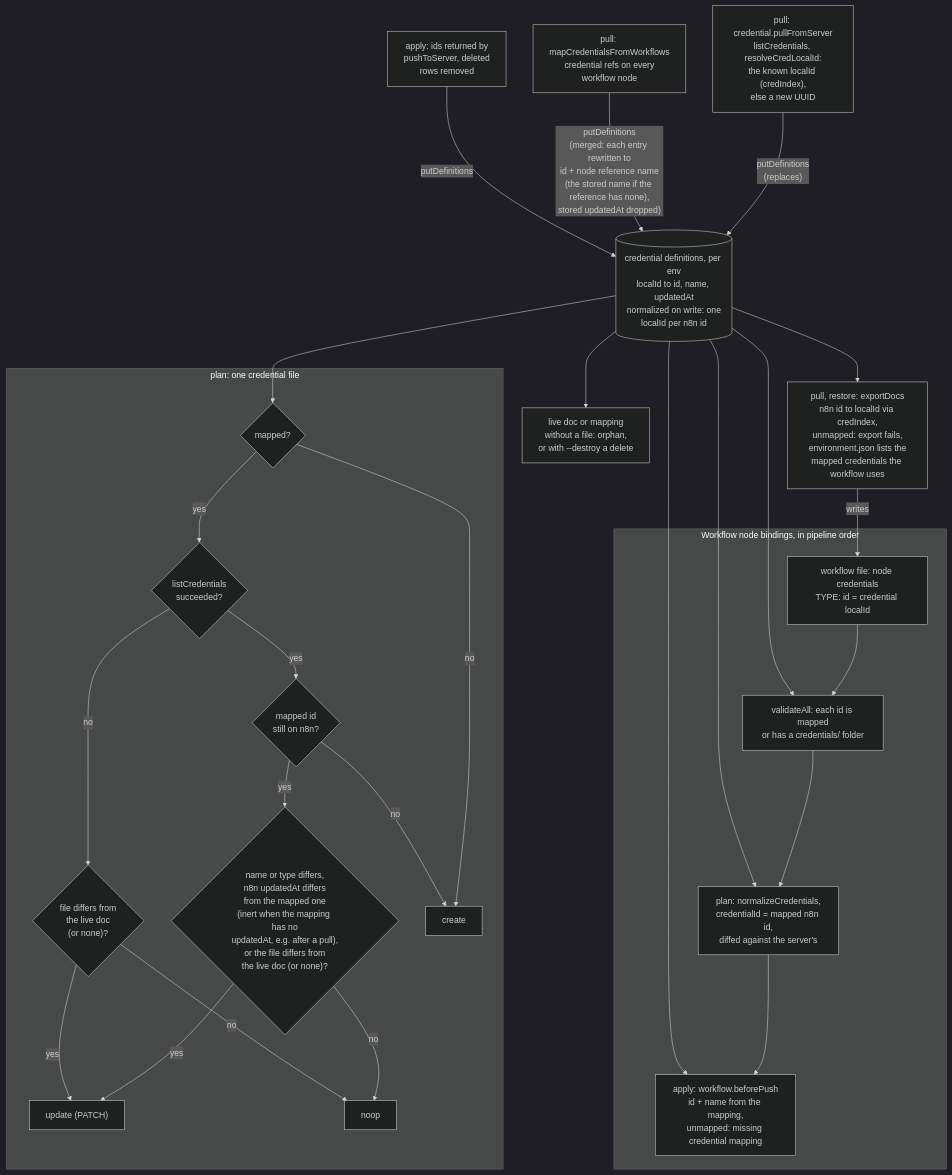
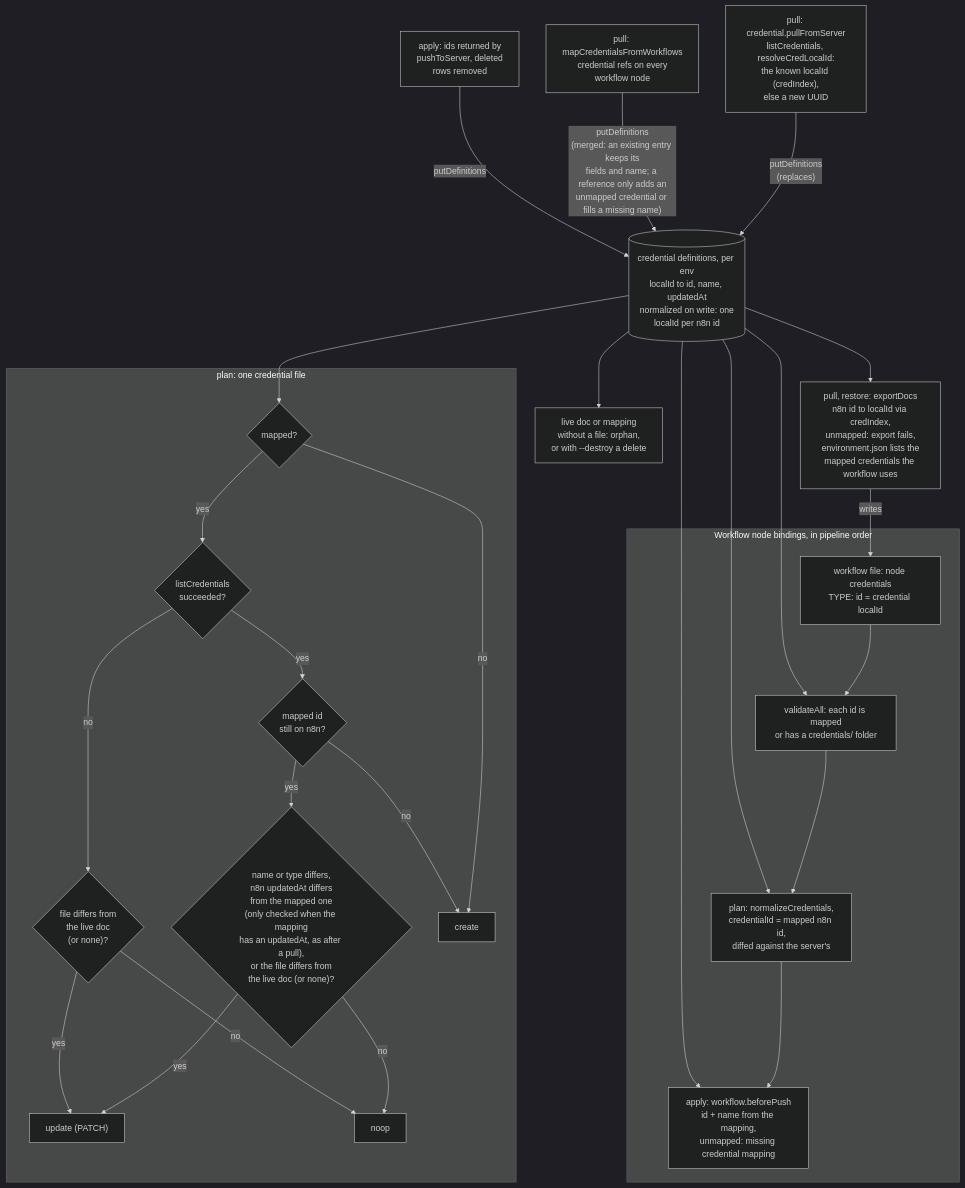
Before and after one commit to nullseal/n8c: the fifth of 15 diagrams in docs/ARCHITECTURE.md, drawn with Mermaid (dark theme). The commit also changed other lines of this file and 4 other files, not shown here.

First line of the commit message:
fix: pull keeps each credential's updatedAt so plan sees n8n UI edits

````diff
--- a/docs/ARCHITECTURE.md
+++ b/docs/ARCHITECTURE.md
@@ -302,46 +302,46 @@
 ```mermaid
 flowchart TD
     PF["pull: credential.pullFromServer<br/>listCredentials, resolveCredLocalId:<br/>the known localId (credIndex),<br/>else a new UUID"]
     MW["pull: mapCredentialsFromWorkflows<br/>credential refs on every<br/>workflow node"]
     AP["apply: ids returned by<br/>pushToServer, deleted<br/>rows removed"]
     DEFS[("credential definitions, per env<br/>localId to id, name, updatedAt<br/>normalized on write: one<br/>localId per n8n id")]
     PF -->|"putDefinitions<br/>(replaces)"| DEFS
-    MW -->|"putDefinitions<br/>(merged: each entry rewritten to<br/>id + node reference name<br/>(the stored name if the reference has none),<br/>stored updatedAt dropped)"| DEFS
+    MW -->|"putDefinitions<br/>(merged: an existing entry keeps its<br/>fields and name; a reference only adds an<br/>unmapped credential or fills a missing name)"| DEFS
     AP -->|"putDefinitions"| DEFS
 
     subgraph PLAN["plan: one credential file"]
         M{"mapped?"}
         L{"listCredentials<br/>succeeded?"}
         S{"mapped id<br/>still on n8n?"}
-        D{"name or type differs,<br/>n8n updatedAt differs<br/>from the mapped one<br/>(inert when the mapping has no<br/>updatedAt, e.g. after a pull),<br/>or the file differs from<br/>the live doc (or none)?"}
+        D{"name or type differs,<br/>n8n updatedAt differs<br/>from the mapped one<br/>(only checked when the mapping<br/>has an updatedAt, as after a pull),<br/>or the file differs from<br/>the live doc (or none)?"}
         F{"file differs from<br/>the live doc<br/>(or none)?"}
         CREATE["create"]
         UPDATE["update (PATCH)"]
         NOOP["noop"]
         M -->|"no"| CREATE
         M -->|"yes"| L
         L -->|"no"| F
         L -->|"yes"| S
         S -->|"no"| CREATE
         S -->|"yes"| D
         D -->|"yes"| UPDATE
         D -->|"no"| NOOP
         F -->|"yes"| UPDATE
         F -->|"no"| NOOP
     end
     DEFS --> M
     DEFS --> GONE["live doc or mapping<br/>without a file: orphan,<br/>or with --destroy a delete"]
 
     subgraph BIND["Workflow node bindings, in pipeline order"]
         NF["workflow file: node credentials<br/>TYPE: id = credential localId"]
         V["validateAll: each id is mapped<br/>or has a credentials/ folder"]
         N["plan: normalizeCredentials,<br/>credentialId = mapped n8n id,<br/>diffed against the server's"]
         B["apply: workflow.beforePush<br/>id + name from the mapping,<br/>unmapped: missing credential mapping"]
         NF --> V --> N --> B
     end
     DEFS --> V
     DEFS --> N
     DEFS --> B
     DEFS --> X["pull, restore: exportDocs<br/>n8n id to localId via credIndex,<br/>unmapped: export fails,<br/>environment.json lists the<br/>mapped credentials the workflow uses"]
     X -->|"writes"| NF
 ```
````
